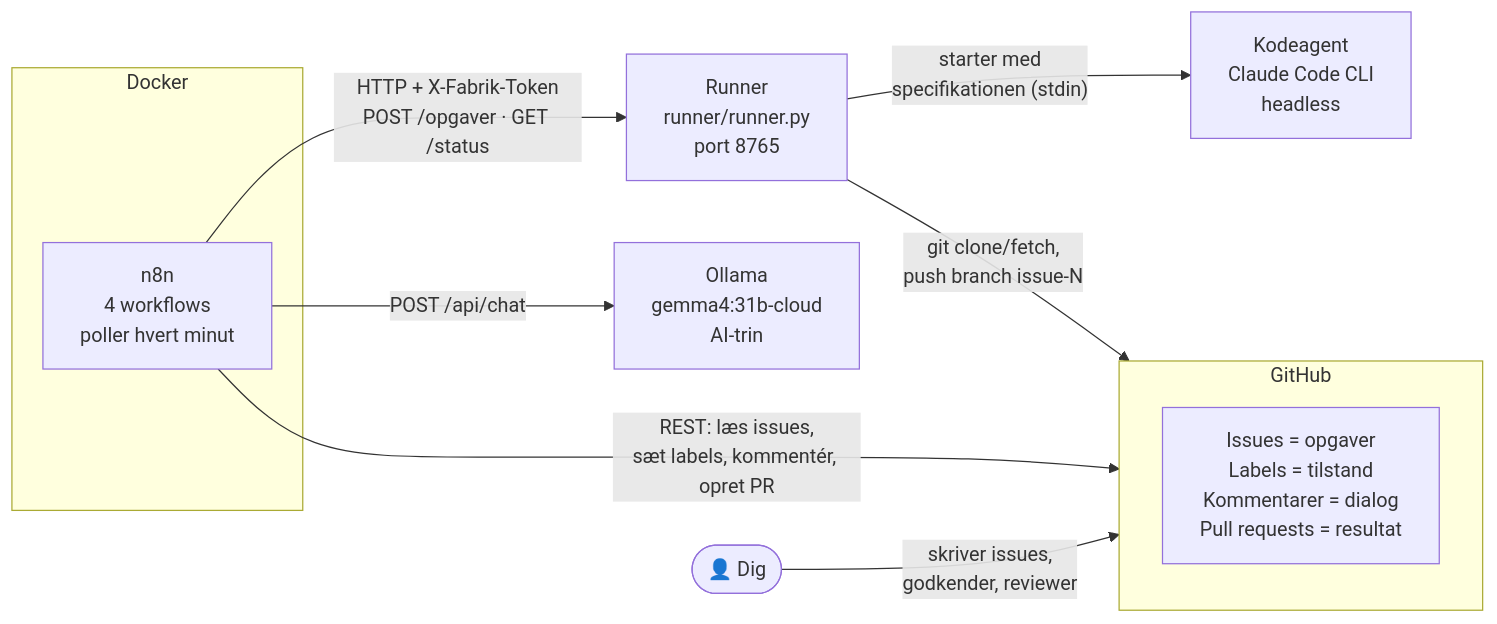
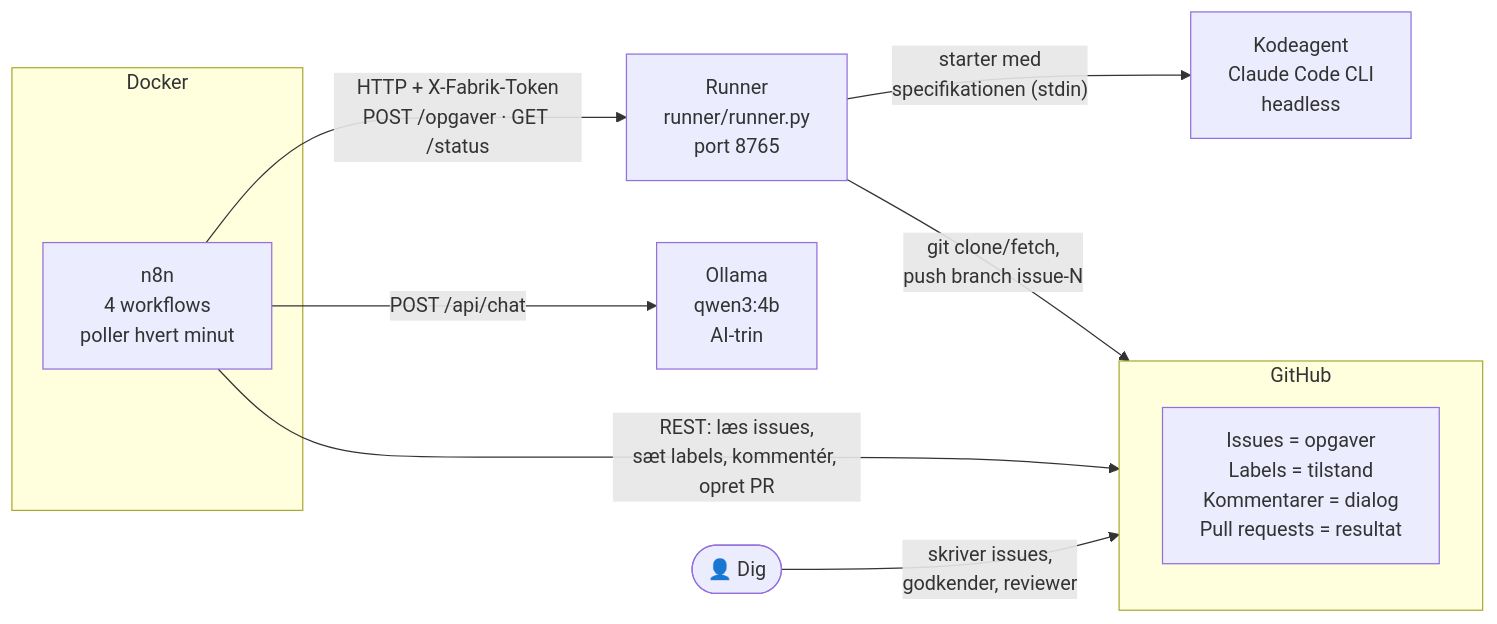
Before and after one commit to Thomas-dahl-01/software-fabrik: the first of 2 diagrams in docs/arkitektur.md, drawn with Mermaid. The commit also changed 8 other files, not shown here.

First line of the commit message:
Brug lokal qwen3:4b, faste workflow-id'er og runner på localhost

````diff
--- a/docs/arkitektur.md
+++ b/docs/arkitektur.md
@@ -5,19 +5,19 @@
 ```mermaid
 flowchart LR
     U([👤 Dig]) -- "skriver issues,<br/>godkender, reviewer" --> GH
     subgraph GH[GitHub]
         I[Issues = opgaver<br/>Labels = tilstand<br/>Kommentarer = dialog<br/>Pull requests = resultat]
     end
     subgraph D[Docker]
         N[n8n<br/>4 workflows<br/>poller hvert minut]
     end
-    O[Ollama<br/>gemma4:31b-cloud<br/>AI-trin]
+    O[Ollama<br/>qwen3:4b<br/>AI-trin]
     R[Runner<br/>runner/runner.py<br/>port 8765]
     A[Kodeagent<br/>Claude Code CLI<br/>headless]
 
     N -- "REST: læs issues,<br/>sæt labels, kommentér, opret PR" --> GH
     N -- "POST /api/chat" --> O
     N -- "HTTP + X-Fabrik-Token<br/>POST /opgaver · GET /status" --> R
     R -- "starter med<br/>specifikationen (stdin)" --> A
     R -- "git clone/fetch,<br/>push branch issue-N" --> GH
 ```
````
